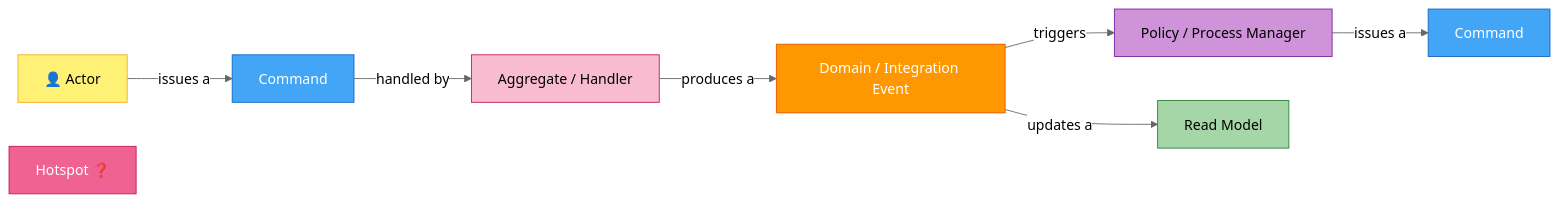
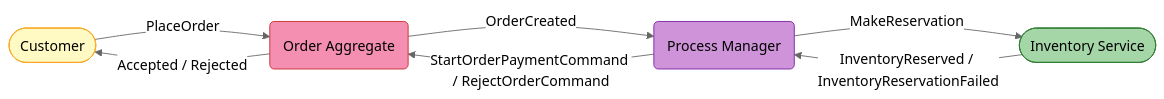
The first of 12 diagrams in Order/src/EShop.Order.API/README.md (mnnam1302/EShop), drawn with Mermaid (neutral theme) before and after one commit. The commit also changed other lines of this file and 145 other files, not shown here.

Commit message:
[TEHCNICAL][ESHOP-2006] Improve stock deduction for Order Saga Process Manager (#70)

````diff
--- a/Order/src/EShop.Order.API/README.md
+++ b/Order/src/EShop.Order.API/README.md
@@ -96,18 +13,19 @@
 ```mermaid
 graph LR
-    A["👤 Actor"]:::actor -- issues a --> C["Command"]:::command
-    C -- handled by --> AGG["Aggregate / Handler"]:::aggregate
-    AGG -- produces a --> E["Domain / Integration Event"]:::event
-    E -- triggers --> P["Policy / Process Manager"]:::policy
-    P -- issues a --> C2["Command"]:::command
-    E -- updates a --> R["Read Model"]:::readmodel
-    H["Hotspot ❓"]:::hotspot
+    classDef actor   fill:#fff9c4,color:#000,stroke:#f9a825
+    classDef agg     fill:#f48fb1,color:#000,stroke:#c62828
+    classDef pm      fill:#ce93d8,color:#000,stroke:#7b1fa2
+    classDef inv     fill:#a5d6a7,color:#000,stroke:#2e7d32
 
-    classDef actor    fill:#fff176,stroke:#f9a825,color:#000
-    classDef command  fill:#42a5f5,stroke:#1565c0,color:#fff
-    classDef aggregate fill:#f8bbd0,stroke:#c2185b,color:#000
-    classDef event    fill:#ff9800,stroke:#e65100,color:#fff
-    classDef policy   fill:#ce93d8,stroke:#7b1fa2,color:#000
-    classDef readmodel fill:#a5d6a7,stroke:#2e7d32,color:#000
-    classDef hotspot  fill:#f06292,stroke:#c2185b,color:#fff
+    C([Customer]):::actor
+    OA(Order Aggregate):::agg
+    PM(Process Manager):::pm
+    INV([Inventory Service]):::inv
+
+    C -->|"PlaceOrder"| OA
+    OA -->|"OrderCreated"| PM
+    PM -->|"MakeReservation"| INV
+    INV -->|"InventoryReserved / InventoryReservationFailed"| PM
+    PM -->|"StartOrderPaymentCommand / RejectOrderCommand"| OA
+    OA -->|"Accepted / Rejected"| C
 ```
````
